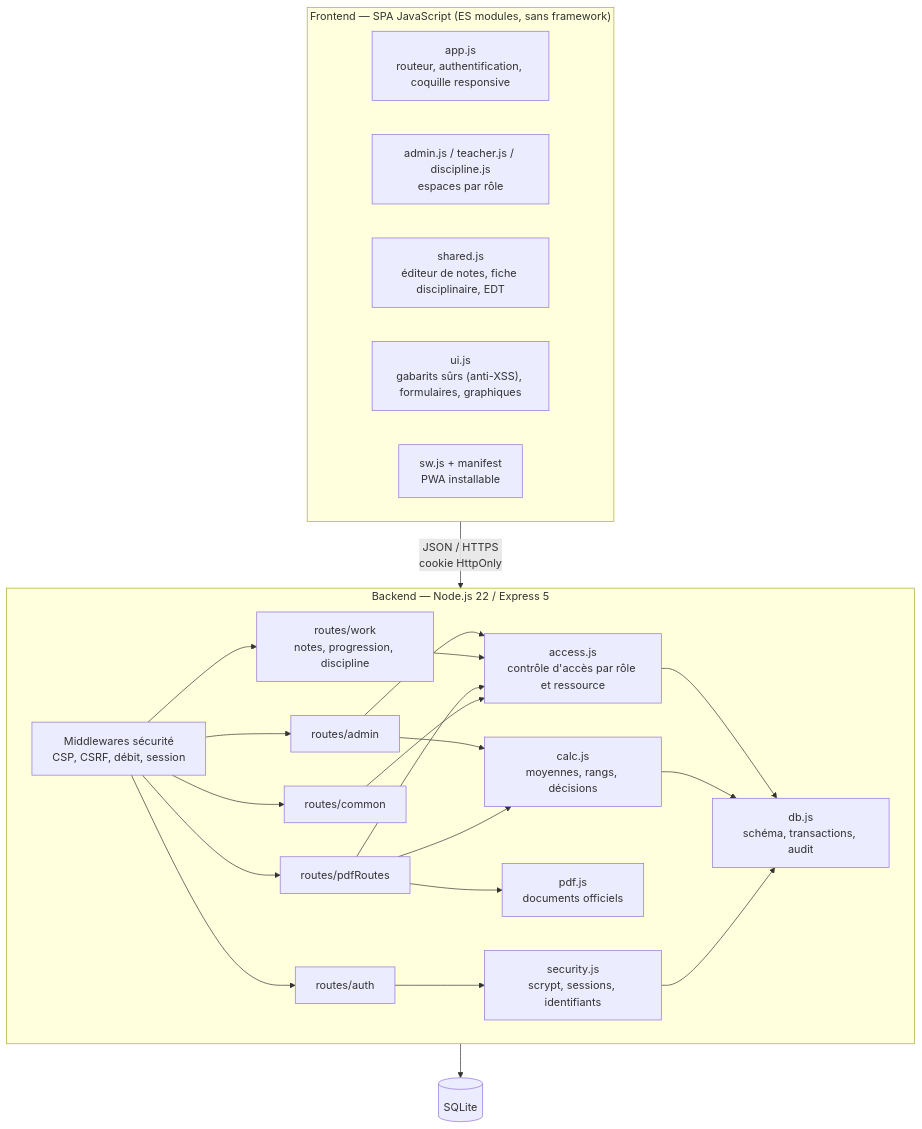
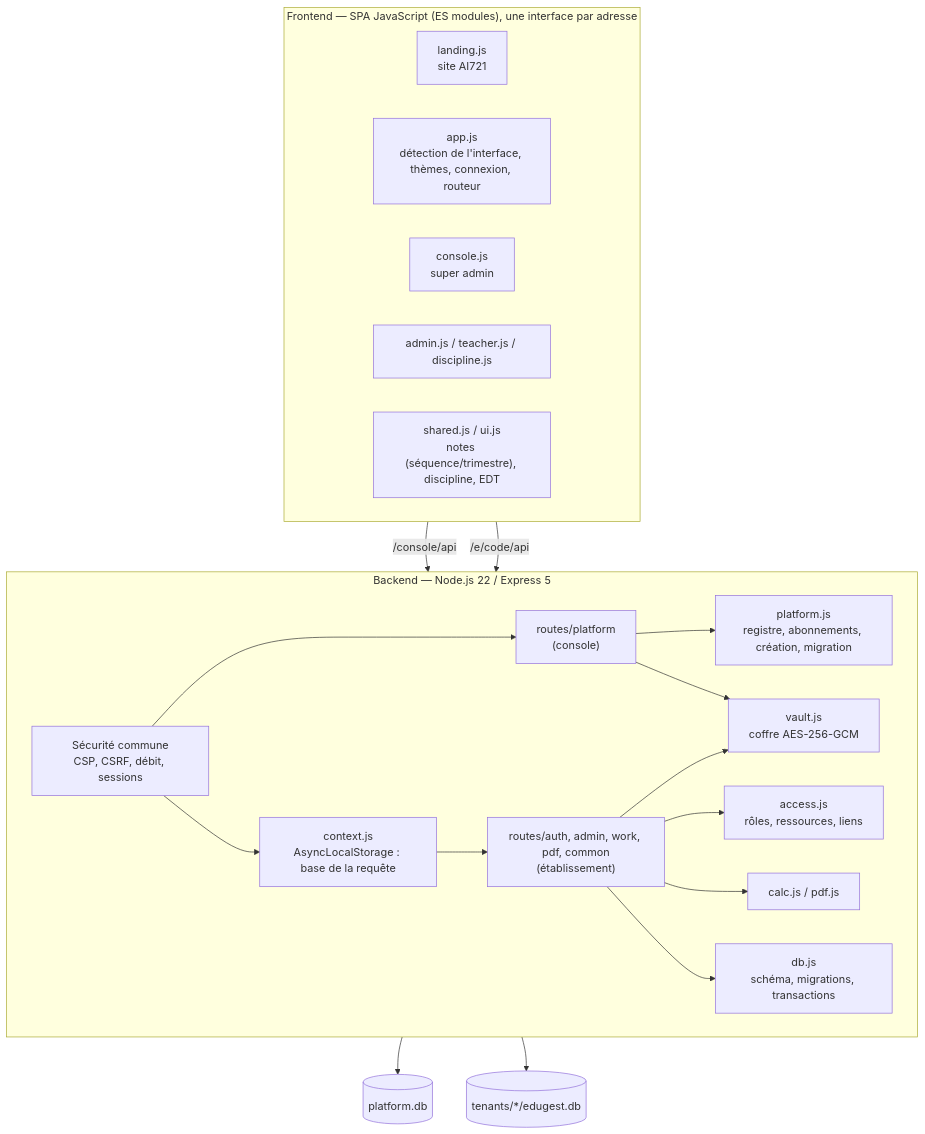
One commit to ANDJE30/MY_WORLD changed the diagram in docs/uml/10_architecture.mmd. Above: the diagram before and after it, drawn with Mermaid. The commit also changed 132 other files, not shown here.

```diff
--- a/docs/uml/10_architecture.mmd
+++ b/docs/uml/10_architecture.mmd
@@ -1,32 +1,32 @@
 flowchart TB
-  subgraph FRONT["Frontend — SPA JavaScript (ES modules, sans framework)"]
+  subgraph FRONT["Frontend — SPA JavaScript (ES modules), une interface par adresse"]
     direction LR
-    F1["app.js<br/>routeur, authentification, coquille responsive"]
-    F2["admin.js / teacher.js / discipline.js<br/>espaces par rôle"]
-    F3["shared.js<br/>éditeur de notes, fiche disciplinaire, EDT"]
-    F4["ui.js<br/>gabarits sûrs (anti-XSS), formulaires, graphiques"]
-    F5["sw.js + manifest<br/>PWA installable"]
+    F0["landing.js<br/>site AI721"]
+    F1["app.js<br/>détection de l'interface, thèmes, connexion, routeur"]
+    F2["console.js<br/>super admin"]
+    F3["admin.js / teacher.js / discipline.js"]
+    F4["shared.js / ui.js<br/>notes (séquence/trimestre), discipline, EDT"]
   end
   subgraph BACK["Backend — Node.js 22 / Express 5"]
     direction LR
-    M["Middlewares sécurité<br/>CSP, CSRF, débit, session"]
-    R1["routes/auth"]
-    R2["routes/admin"]
-    R3["routes/work<br/>notes, progression, discipline"]
-    R4["routes/pdfRoutes"]
-    R5["routes/common"]
-    AC["access.js<br/>contrôle d'accès par rôle et ressource"]
-    C["calc.js<br/>moyennes, rangs, décisions"]
-    P["pdf.js<br/>documents officiels"]
-    S["security.js<br/>scrypt, sessions, identifiants"]
-    D["db.js<br/>schéma, transactions, audit"]
+    M["Sécurité commune<br/>CSP, CSRF, débit, sessions"]
+    PL["platform.js<br/>registre, abonnements, création, migration"]
+    CX["context.js<br/>AsyncLocalStorage : base de la requête"]
+    RC["routes/platform<br/>(console)"]
+    RT["routes/auth, admin, work, pdf, common<br/>(établissement)"]
+    AC["access.js<br/>rôles, ressources, liens"]
+    V["vault.js<br/>coffre AES-256-GCM"]
+    C["calc.js / pdf.js"]
+    D["db.js<br/>schéma, migrations, transactions"]
   end
-  DB[("SQLite")]
-  FRONT -- "JSON / HTTPS<br/>cookie HttpOnly" --> M
-  M --> R1 & R2 & R3 & R4 & R5
-  R2 & R3 & R4 & R5 --> AC
-  R2 & R4 --> C
-  R4 --> P
-  R1 --> S
-  AC & C & S --> D
-  D --> DB
+  PDB[("platform.db")]
+  TDB[("tenants/*/edugest.db")]
+  FRONT -- "/console/api" --> M
+  FRONT -- "/e/code/api" --> M
+  M --> RC & CX
+  CX --> RT
+  RC --> PL & V
+  RT --> AC & C & V
+  PL --> PDB
+  D --> TDB
+  RT --> D
```
